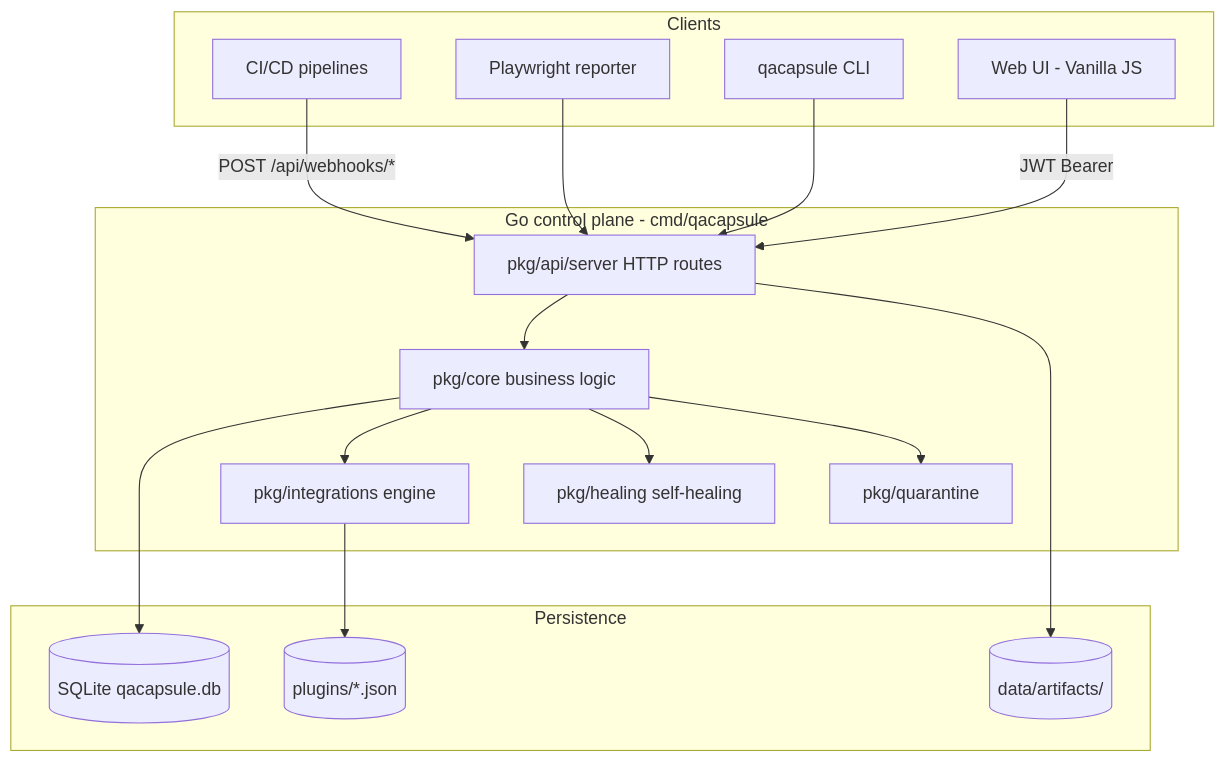
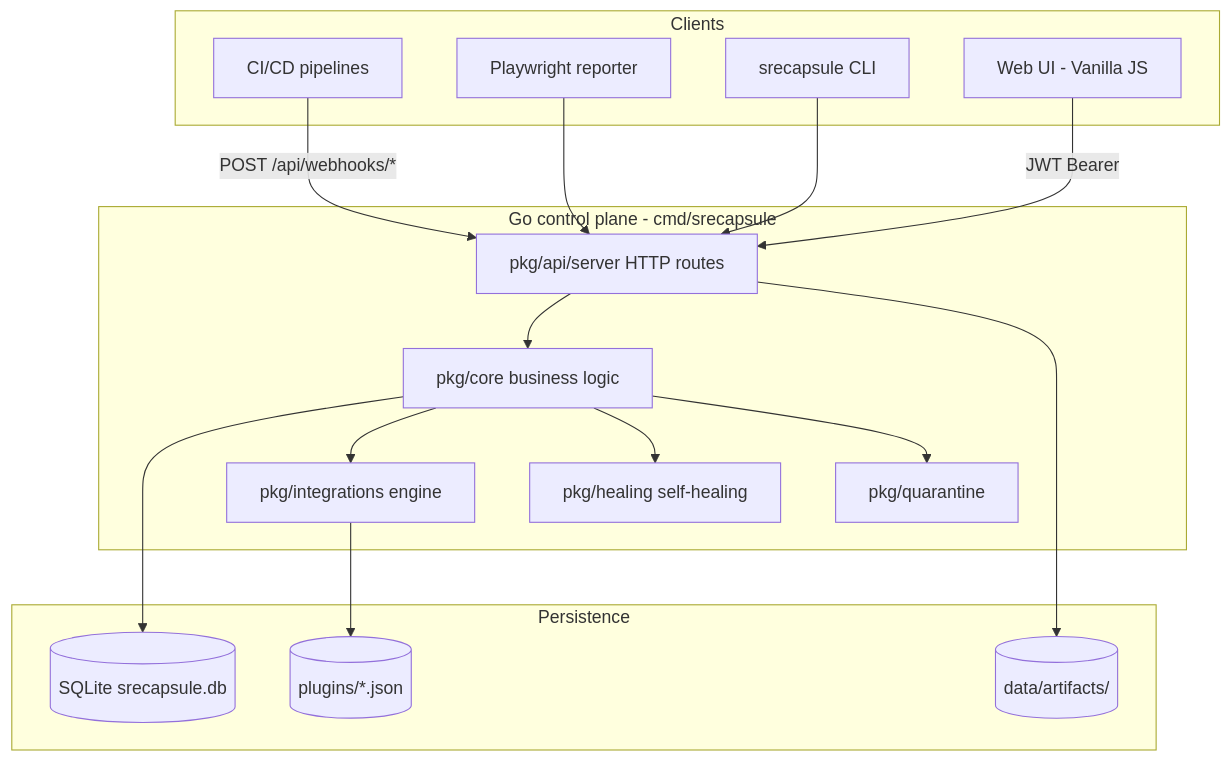
One commit to Ashraf-Khabar/qa-capsule changed the first of 2 diagrams in docs/guides/architecture.md. Above: the diagram before and after it, drawn with Mermaid. The commit also changed other lines of this file and 180 other files, not shown here.

````diff
--- a/docs/guides/architecture.md
+++ b/docs/guides/architecture.md
@@ -28,35 +28,35 @@
 ```mermaid
 flowchart TB
     subgraph clients [Clients]
         CI[CI/CD pipelines]
         PW[Playwright reporter]
-        CLI[qacapsule CLI]
+        CLI[srecapsule CLI]
         UI[Web UI - Vanilla JS]
     end
 
-    subgraph server [Go control plane - cmd/qacapsule]
+    subgraph server [Go control plane - cmd/srecapsule]
         API[pkg/api/server HTTP routes]
         CORE[pkg/core business logic]
         INT[pkg/integrations engine]
         HEAL[pkg/healing self-healing]
         Q[pkg/quarantine]
     end
 
     subgraph storage [Persistence]
-        DB[(SQLite qacapsule.db)]
+        DB[(SQLite srecapsule.db)]
         ART[(data/artifacts/)]
         PLG[(plugins/*.json)]
     end
 
     CI -->|POST /api/webhooks/*| API
     PW --> API
     CLI --> API
     UI -->|JWT Bearer| API
     API --> CORE
     CORE --> DB
     CORE --> INT
     CORE --> HEAL
     CORE --> Q
     INT --> PLG
     API --> ART
 ```
````
